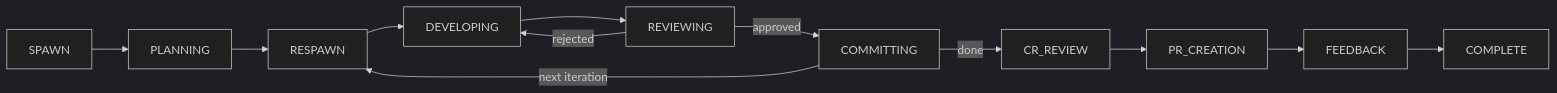
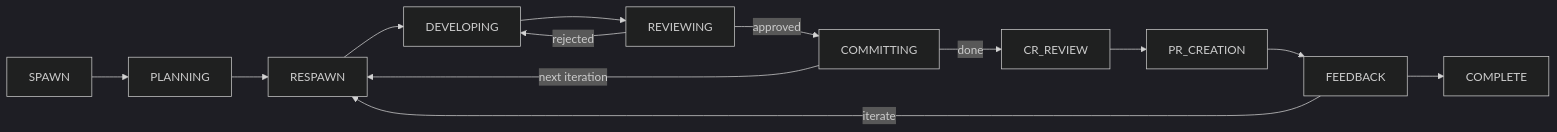
Before and after one commit to NTCoding/autonomous-claude-agent-team: the diagram in README.md, drawn with Mermaid (dark theme). The commit also changed other lines of this file, not shown here.

First line of the commit message:
Simplify README: update src tree, state schema, guards, diagram

````diff
--- a/README.md
+++ b/README.md
@@ -23,14 +23,15 @@
 ```mermaid
 flowchart LR
     SPAWN --> PLANNING
     PLANNING --> RESPAWN
     RESPAWN --> DEVELOPING
     DEVELOPING --> REVIEWING
     REVIEWING -->|approved| COMMITTING
     REVIEWING -->|rejected| DEVELOPING
     COMMITTING -->|next iteration| RESPAWN
     COMMITTING -->|done| CR_REVIEW
     CR_REVIEW --> PR_CREATION
     PR_CREATION --> FEEDBACK
+    FEEDBACK -->|iterate| RESPAWN
     FEEDBACK --> COMPLETE
 ```
````
